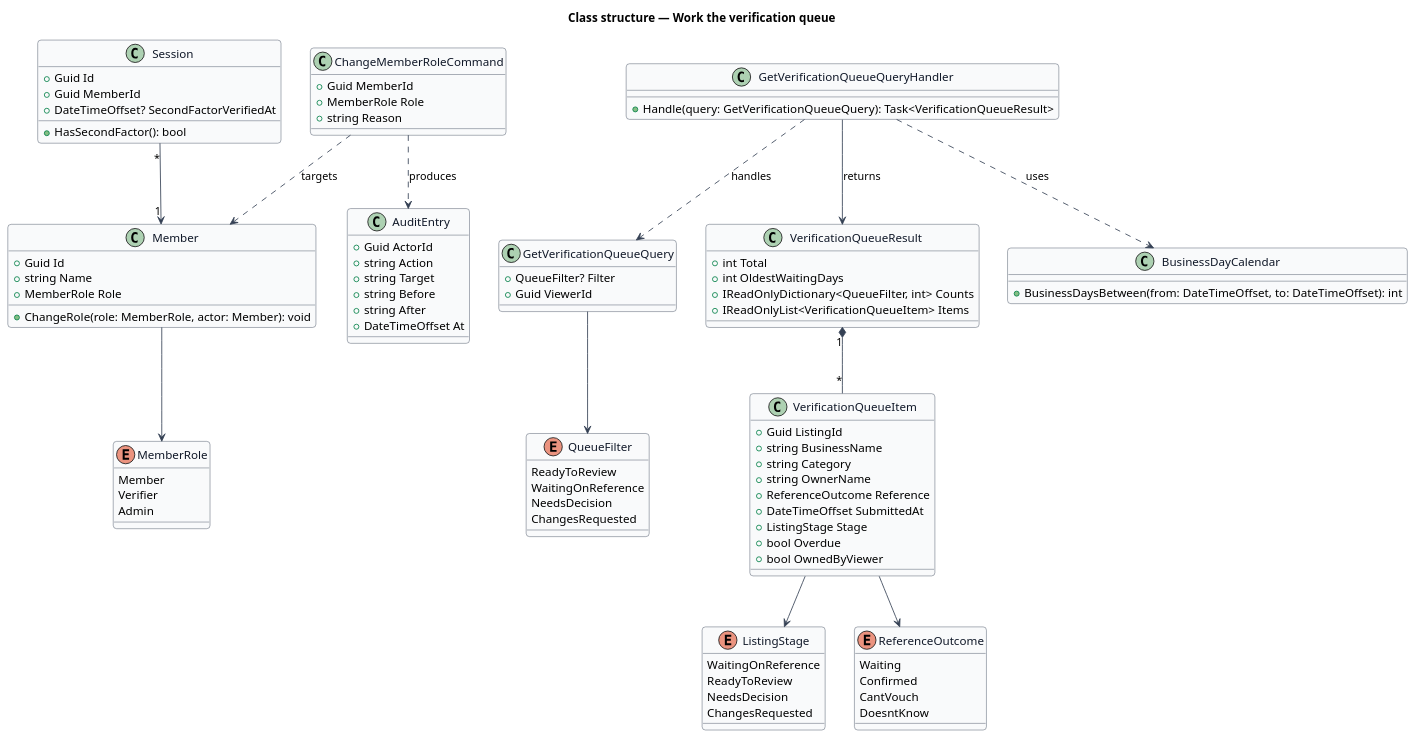
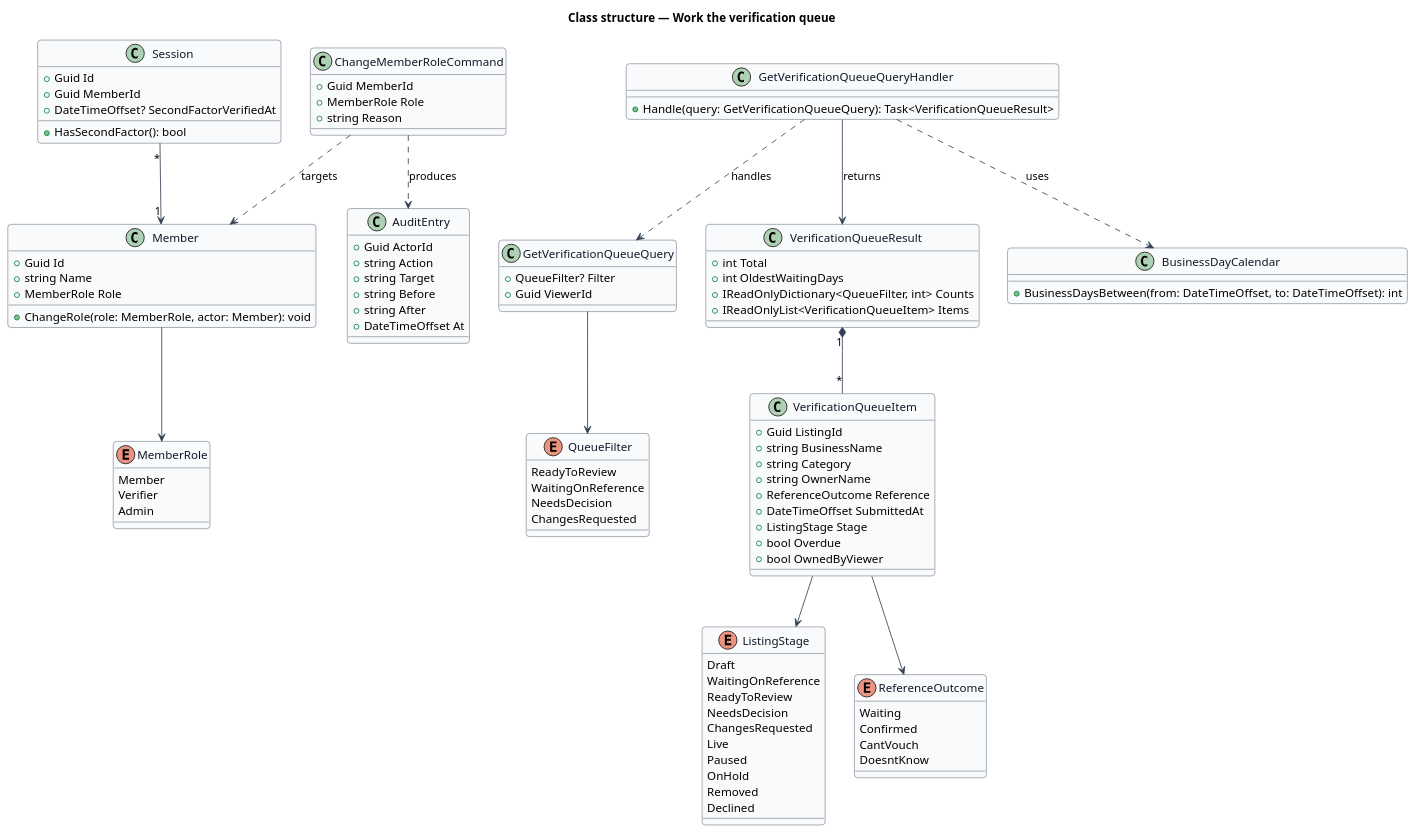
The diagram in docs/detailed-designs/verification/work-verification-queue/diagrams/class-structure.puml (QuinntyneBrown/jubilee), drawn with PlantUML before and after one commit. The commit also changed 56 other files, not shown here.

```diff
--- a/docs/detailed-designs/verification/work-verification-queue/diagrams/class-structure.puml
+++ b/docs/detailed-designs/verification/work-verification-queue/diagrams/class-structure.puml
@@ -1,100 +1,106 @@
 @startuml
 skinparam backgroundColor #FFFFFF
 skinparam shadowing false
 skinparam roundcorner 8
 skinparam defaultFontName Arial
 skinparam ArrowColor #344054
 skinparam class {
   BorderColor #344054
   FontColor #101828
   BackgroundColor #F9FAFB
 }
 title Class structure — Work the verification queue
 enum MemberRole {
   Member
   Verifier
   Admin
 }
 enum ListingStage {
+  Draft
   WaitingOnReference
   ReadyToReview
   NeedsDecision
   ChangesRequested
+  Live
+  Paused
+  OnHold
+  Removed
+  Declined
 }
 enum QueueFilter {
   ReadyToReview
   WaitingOnReference
   NeedsDecision
   ChangesRequested
 }
 enum ReferenceOutcome {
   Waiting
   Confirmed
   CantVouch
   DoesntKnow
 }
 class Session {
   +Guid Id
   +Guid MemberId
   +DateTimeOffset? SecondFactorVerifiedAt
   +HasSecondFactor(): bool
 }
 class Member {
   +Guid Id
   +string Name
   +MemberRole Role
   +ChangeRole(role: MemberRole, actor: Member): void
 }
 class GetVerificationQueueQuery {
   +QueueFilter? Filter
   +Guid ViewerId
 }
 class GetVerificationQueueQueryHandler {
   +Handle(query: GetVerificationQueueQuery): Task<VerificationQueueResult>
 }
 class VerificationQueueResult {
   +int Total
   +int OldestWaitingDays
   +IReadOnlyDictionary<QueueFilter, int> Counts
   +IReadOnlyList<VerificationQueueItem> Items
 }
 class VerificationQueueItem {
   +Guid ListingId
   +string BusinessName
   +string Category
   +string OwnerName
   +ReferenceOutcome Reference
   +DateTimeOffset SubmittedAt
   +ListingStage Stage
   +bool Overdue
   +bool OwnedByViewer
 }
 class BusinessDayCalendar {
   +BusinessDaysBetween(from: DateTimeOffset, to: DateTimeOffset): int
 }
 class ChangeMemberRoleCommand {
   +Guid MemberId
   +MemberRole Role
   +string Reason
 }
 class AuditEntry {
   +Guid ActorId
   +string Action
   +string Target
   +string Before
   +string After
   +DateTimeOffset At
 }
 
 GetVerificationQueueQueryHandler ..> GetVerificationQueueQuery : handles
 GetVerificationQueueQueryHandler --> VerificationQueueResult : returns
 GetVerificationQueueQueryHandler ..> BusinessDayCalendar : uses
 VerificationQueueResult "1" *-- "*" VerificationQueueItem
 VerificationQueueItem --> ListingStage
 VerificationQueueItem --> ReferenceOutcome
 GetVerificationQueueQuery --> QueueFilter
 Member --> MemberRole
 Session "*" --> "1" Member
 ChangeMemberRoleCommand ..> Member : targets
 ChangeMemberRoleCommand ..> AuditEntry : produces
 @enduml
```
